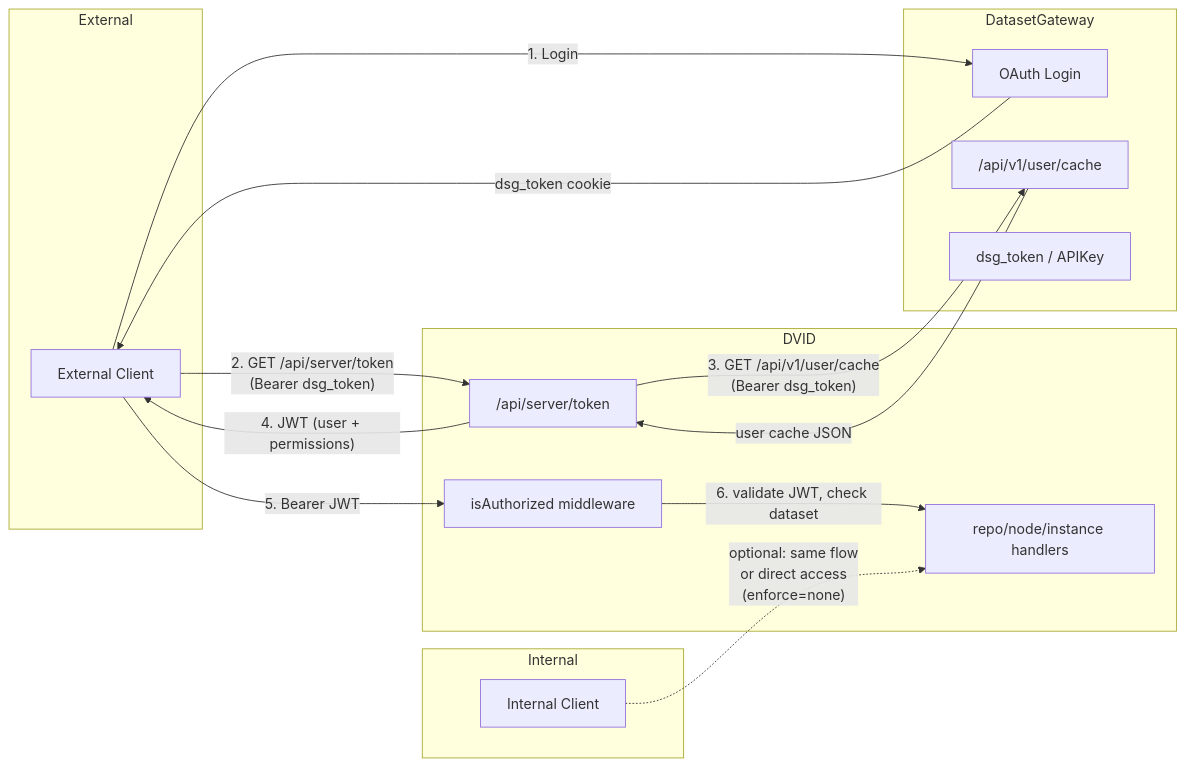
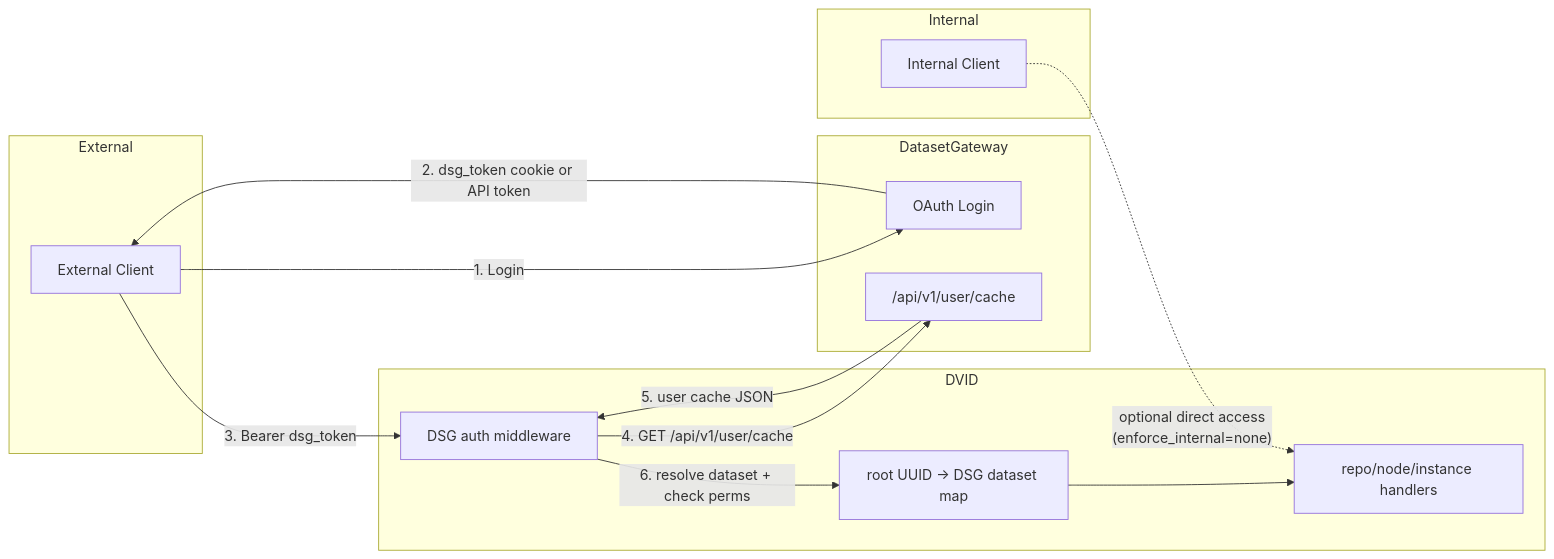
The diagram in docs/2026-04-11-DSGAuthIntegration.md (janelia-flyem/dvid), drawn with Mermaid before and after one commit. The commit also changed other lines of this file, not shown here.

Commit message:
Pivot DSG auth integration plan to direct token validation and document tradeoffs

````diff
--- a/docs/2026-04-11-DSGAuthIntegration.md
+++ b/docs/2026-04-11-DSGAuthIntegration.md
@@ -34,30 +34,28 @@
 ```mermaid
 flowchart LR
     subgraph External
         EC[External Client]
     end
     subgraph Internal
         IC[Internal Client]
     end
     subgraph DSG["DatasetGateway"]
         OAuth[OAuth Login]
         Cache["/api/v1/user/cache"]
-        Token[dsg_token / APIKey]
     end
     subgraph DVID
-        TH["/api/server/token"]
-        IA["isAuthorized middleware"]
+        AM["DSG auth middleware"]
+        Map["root UUID → DSG dataset map"]
         Data["repo/node/instance handlers"]
     end
 
     EC -- "1. Login" --> OAuth
-    OAuth -- "dsg_token cookie" --> EC
-    EC -- "2. GET /api/server/token\n(Bearer dsg_token)" --> TH
-    TH -- "3. GET /api/v1/user/cache\n(Bearer dsg_token)" --> Cache
-    Cache -- "user cache JSON" --> TH
-    TH -- "4. JWT (user + permissions)" --> EC
-    EC -- "5. Bearer JWT" --> IA
-    IA -- "6. validate JWT, check dataset" --> Data
+    OAuth -- "2. dsg_token cookie or API token" --> EC
+    EC -- "3. Bearer dsg_token" --> AM
+    AM -- "4. GET /api/v1/user/cache" --> Cache
+    Cache -- "5. user cache JSON" --> AM
+    AM -- "6. resolve dataset + check perms" --> Map
+    Map --> Data
 
-    IC -. "optional: same flow\nor direct access\n(enforce=none)" .-> Data
+    IC -. "optional direct access\n(enforce_internal=none)" .-> Data
 ```
````
